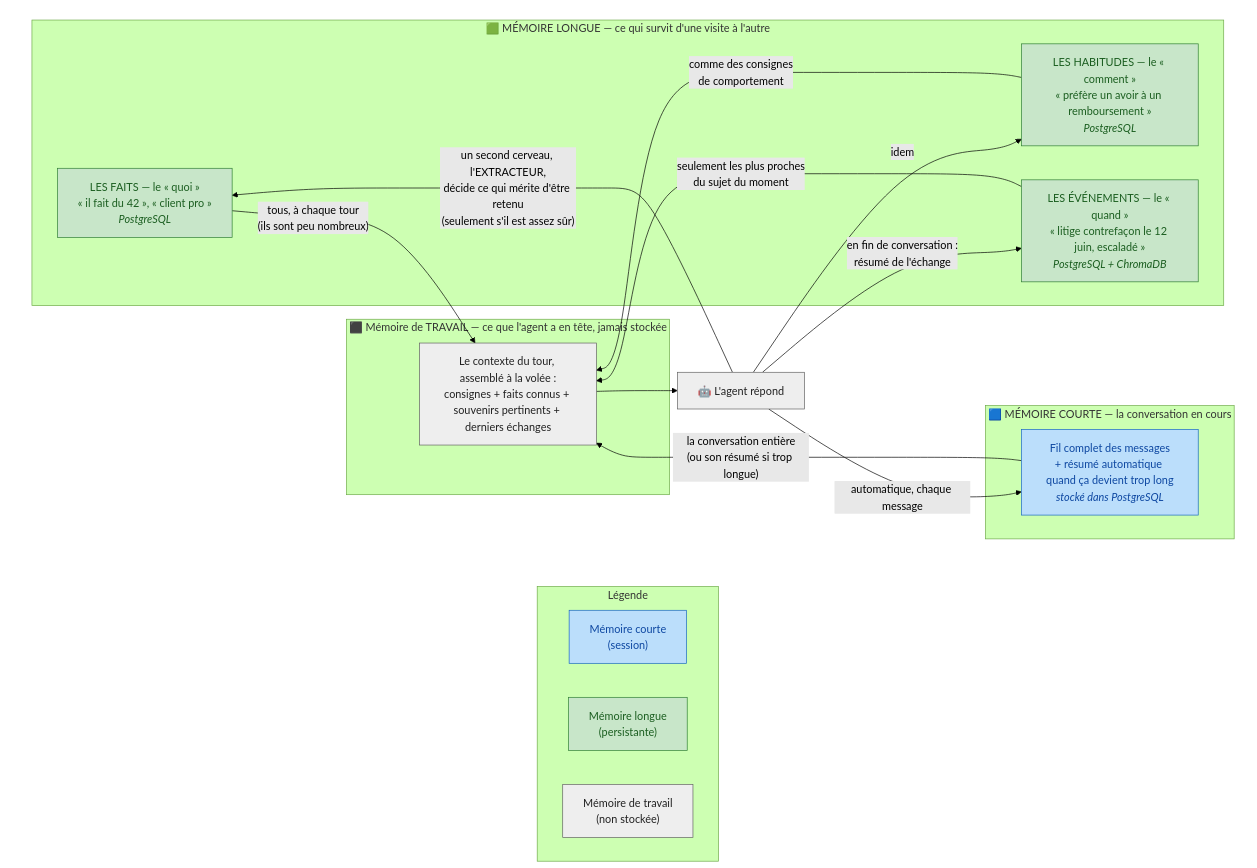
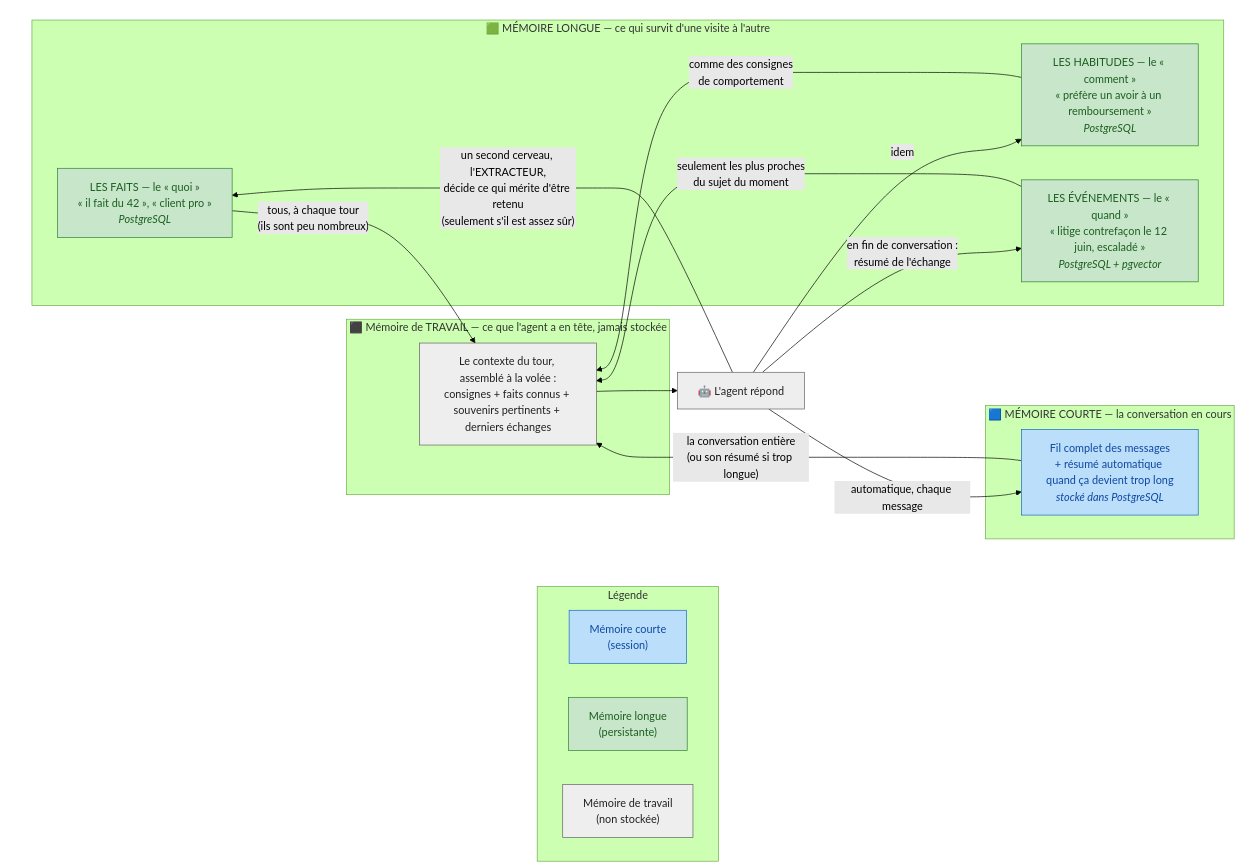
Before and after one commit to sofiane-git/velmo-v2: the diagram in docs/reference/schemas/01-memoire.md, drawn with Mermaid (forest theme). The commit also changed other lines of this file and 5 other files, not shown here.

````diff
--- a/docs/reference/schemas/01-memoire.md
+++ b/docs/reference/schemas/01-memoire.md
@@ -7,47 +7,47 @@
 ```mermaid
 flowchart TB
     subgraph MAIN[" "]
         subgraph WK["⬛ Mémoire de TRAVAIL — ce que l'agent a en tête, jamais stockée"]
             PROMPT["Le contexte du tour, assemblé à la volée :<br/>consignes + faits connus + souvenirs pertinents + derniers échanges"]
         end
 
         subgraph ST["🟦 MÉMOIRE COURTE — la conversation en cours"]
             MSG["Fil complet des messages<br/>+ résumé automatique quand ça devient trop long<br/><i>stocké dans PostgreSQL</i>"]
         end
 
         subgraph LT["🟩 MÉMOIRE LONGUE — ce qui survit d'une visite à l'autre"]
             FACT["LES FAITS — le « quoi »<br/>« il fait du 42 », « client pro »<br/><i>PostgreSQL</i>"]
             PROC["LES HABITUDES — le « comment »<br/>« préfère un avoir à un remboursement »<br/><i>PostgreSQL</i>"]
-            EPI["LES ÉVÉNEMENTS — le « quand »<br/>« litige contrefaçon le 12 juin, escaladé »<br/><i>PostgreSQL + ChromaDB</i>"]
+            EPI["LES ÉVÉNEMENTS — le « quand »<br/>« litige contrefaçon le 12 juin, escaladé »<br/><i>PostgreSQL + pgvector</i>"]
         end
 
         MSG -->|"la conversation entière<br/>(ou son résumé si trop longue)"| PROMPT
         FACT -->|"tous, à chaque tour<br/>(ils sont peu nombreux)"| PROMPT
         PROC -->|"comme des consignes<br/>de comportement"| PROMPT
         EPI -->|"seulement les plus proches<br/>du sujet du moment"| PROMPT
         PROMPT --> AG["🤖 L'agent répond"]
         AG -->|"automatique, chaque message"| MSG
         AG -->|"un second cerveau, l'EXTRACTEUR,<br/>décide ce qui mérite d'être retenu<br/>(seulement s'il est assez sûr)"| FACT
         AG -->|"idem"| PROC
         AG -->|"en fin de conversation :<br/>résumé de l'échange"| EPI
     end
 
     MAIN --- LG1
 
     subgraph LEGEND["Légende"]
         direction LR
         LG1["Mémoire courte<br/>(session)"]
         LG2["Mémoire longue<br/>(persistante)"]
         LG3["Mémoire de travail<br/>(non stockée)"]
     end
 
     classDef ct fill:#bbdefb,stroke:#1565c0,color:#0d47a1;
     classDef lt fill:#c8e6c9,stroke:#2e7d32,color:#1b5e20;
     classDef wk fill:#eeeeee,stroke:#616161,color:#212121;
     class MSG,LG1 ct;
     class FACT,PROC,EPI,LG2 lt;
     class PROMPT,AG,LG3 wk;
     style MAIN fill:none,stroke:none;
     %% connecteur invisible (force la légende en bas) — index = ordre des flèches, recalculer si le flux change
     linkStyle 9 stroke:none;
 ```
````
